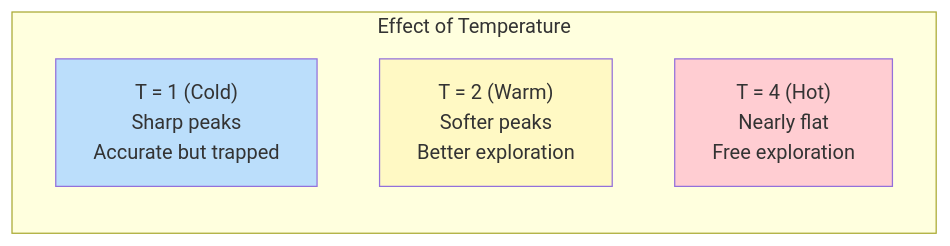
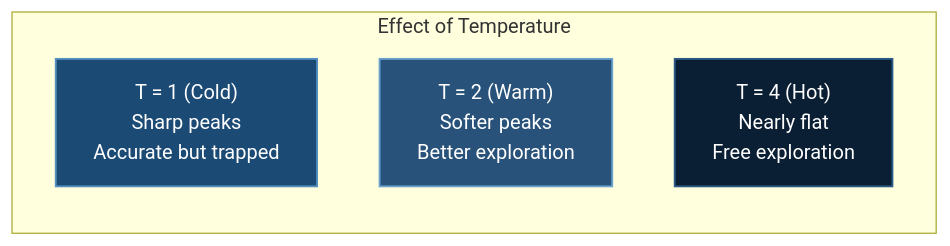
Before and after one commit to yiqiao-yin/deepspeed-course: the seventh of 10 diagrams in docusaurus-docs/docs/tutorials/intermediate/bayesian-nn.md, drawn with Mermaid. The commit also changed other lines of this file and 12 other files, not shown here.

````diff
--- a/docusaurus-docs/docs/tutorials/intermediate/bayesian-nn.md
+++ b/docusaurus-docs/docs/tutorials/intermediate/bayesian-nn.md
@@ -338,12 +338,12 @@
 ```mermaid
 graph LR
     subgraph "Effect of Temperature"
         COLD["T = 1 (Cold)<br/>Sharp peaks<br/>Accurate but trapped"]
         WARM["T = 2 (Warm)<br/>Softer peaks<br/>Better exploration"]
         HOT["T = 4 (Hot)<br/>Nearly flat<br/>Free exploration"]
     end
 
-    style COLD fill:#bbdefb
-    style WARM fill:#fff9c4
-    style HOT fill:#ffcdd2
+    style COLD fill:#1b4a75,stroke:#5590c0,stroke-width:1.5px,color:#ffffff
+    style WARM fill:#28527a,stroke:#6aa2cd,stroke-width:1.5px,color:#ffffff
+    style HOT fill:#0a1f33,stroke:#2d5a86,stroke-width:1.5px,color:#ffffff
 ```
````
